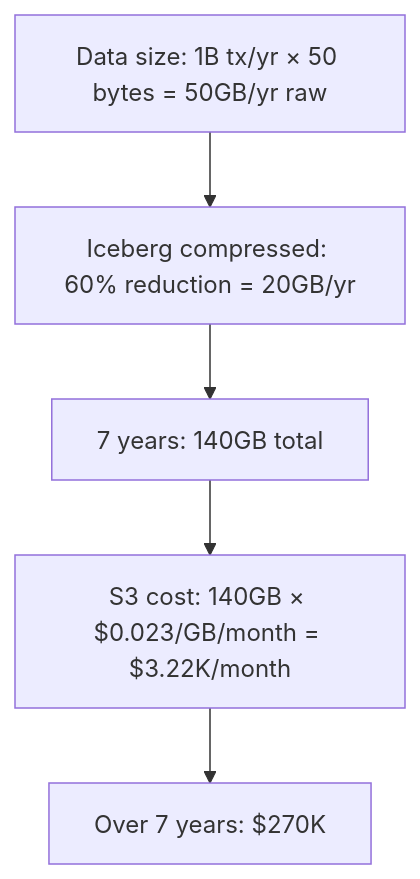
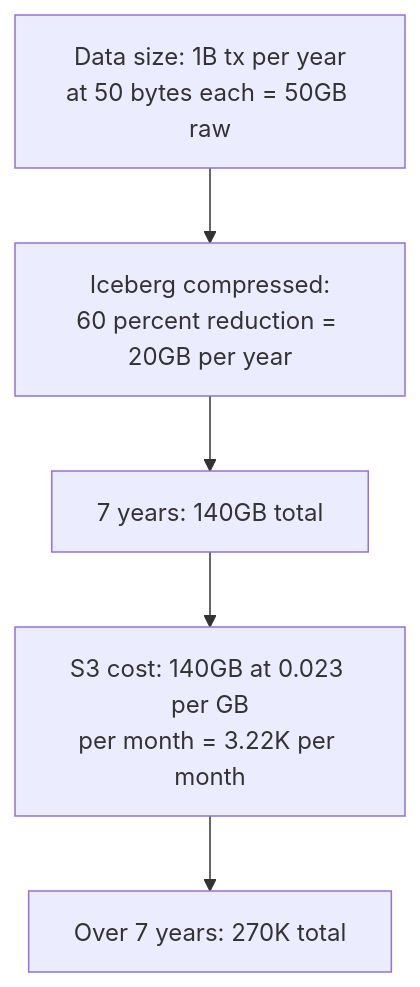
The third of 5 diagrams in docs/adrs/ADR-0004-real-time.md (naren-chakraview/chakraview-fintech-data-mesh), drawn with Mermaid before and after one commit. The commit also changed other lines of this file and 21 other files, not shown here.

First line of the commit message:
Fix mermaid diagram rendering issues in fintech data mesh documentation

````diff
--- a/docs/adrs/ADR-0004-real-time.md
+++ b/docs/adrs/ADR-0004-real-time.md
@@ -102,8 +102,8 @@
 ```mermaid
 graph TD
-    A["Data size: 1B tx/yr × 50 bytes = 50GB/yr raw"]
-    A --> B["Iceberg compressed: 60% reduction = 20GB/yr"]
+    A["Data size: 1B tx per year<br/>at 50 bytes each = 50GB raw"]
+    A --> B["Iceberg compressed:<br/>60 percent reduction = 20GB per year"]
     B --> C["7 years: 140GB total"]
-    C --> D["S3 cost: 140GB × $0.023/GB/month = $3.22K/month"]
-    D --> E["Over 7 years: $270K"]
+    C --> D["S3 cost: 140GB at 0.023 per GB<br/>per month = 3.22K per month"]
+    D --> E["Over 7 years: 270K total"]
 ```
````
